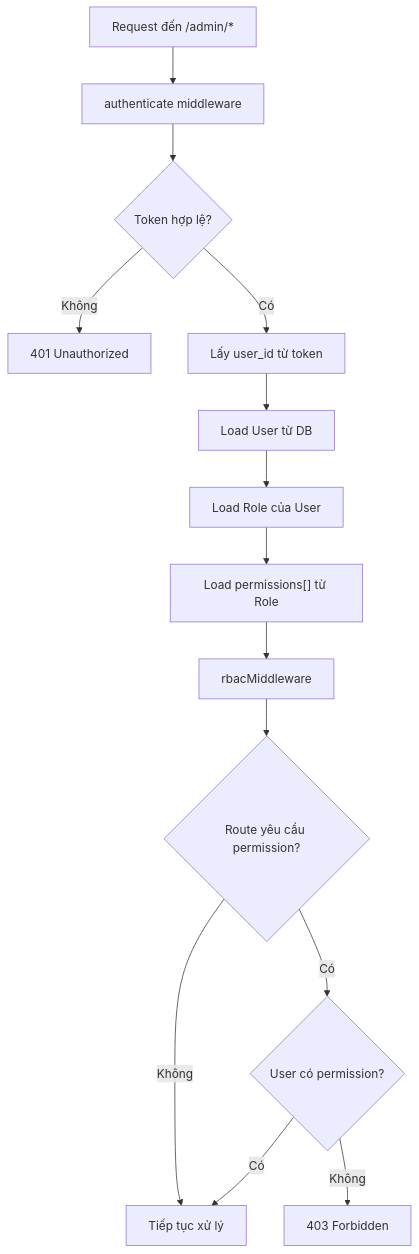
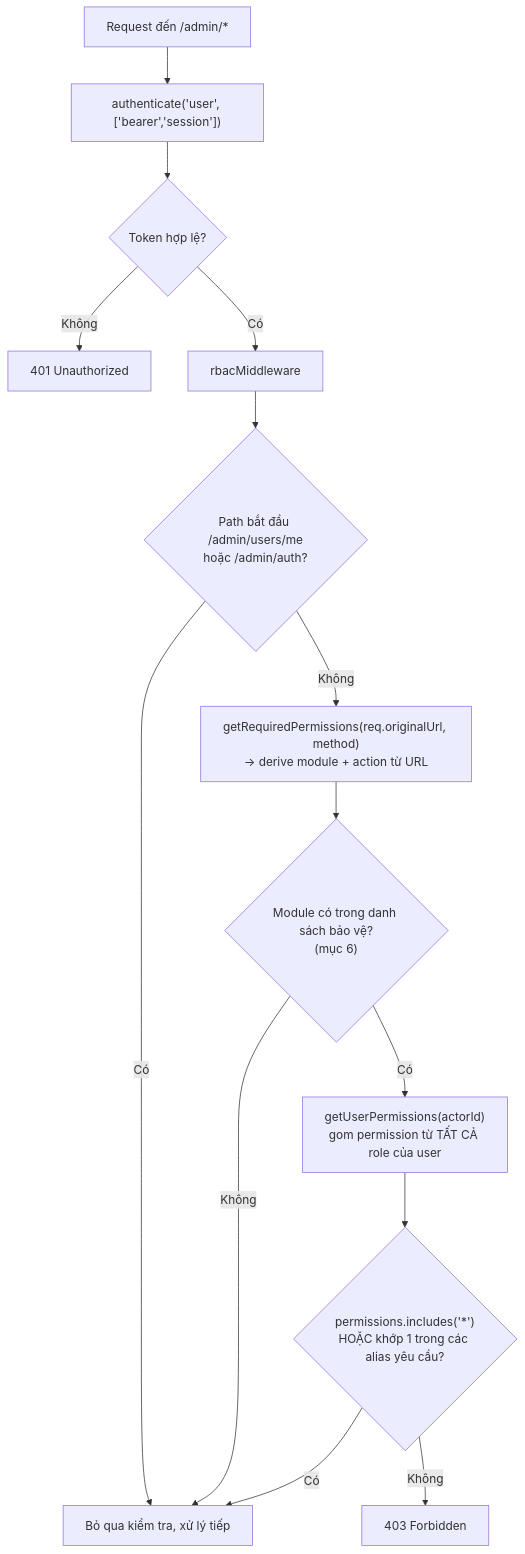
The second of 2 diagrams in docs/05-admin/rbac.md (pathust/mong.fruitboxz), drawn with Mermaid before and after one commit. The commit also changed other lines of this file, not shown here.

````diff
--- a/docs/05-admin/rbac.md
+++ b/docs/05-admin/rbac.md
@@ -120,16 +114,16 @@
 ```mermaid
 flowchart TD
-    A["Request đến /admin/*"] --> B["authenticate middleware"]
+    A["Request đến /admin/*"] --> B["authenticate('user', ['bearer','session'])"]
     B --> C{Token hợp lệ?}
     C -- Không --> D["401 Unauthorized"]
-    C -- Có --> E["Lấy user_id từ token"]
-    E --> F["Load User từ DB"]
-    F --> G["Load Role của User"]
-    G --> H["Load permissions[] từ Role"]
-    H --> I["rbacMiddleware"]
-    I --> J{Route yêu cầu permission?}
-    J -- Không --> K["Tiếp tục xử lý"]
-    J -- Có --> L{User có permission?}
-    L -- Không --> M["403 Forbidden"]
-    L -- Có --> K
+    C -- Có --> E["rbacMiddleware"]
+    E --> F{"Path bắt đầu /admin/users/me\nhoặc /admin/auth?"}
+    F -- Có --> K["Bỏ qua kiểm tra, xử lý tiếp"]
+    F -- Không --> G["getRequiredPermissions(req.originalUrl, method)\n→ derive module + action từ URL"]
+    G --> H{"Module có trong danh sách bảo vệ?\n(mục 6)"}
+    H -- Không --> K
+    H -- Có --> I["getUserPermissions(actorId)\ngom permission từ TẤT CẢ role của user"]
+    I --> J{"permissions.includes('*')\nHOẶC khớp 1 trong các alias yêu cầu?"}
+    J -- Không --> L["403 Forbidden"]
+    J -- Có --> K
 ```
````
